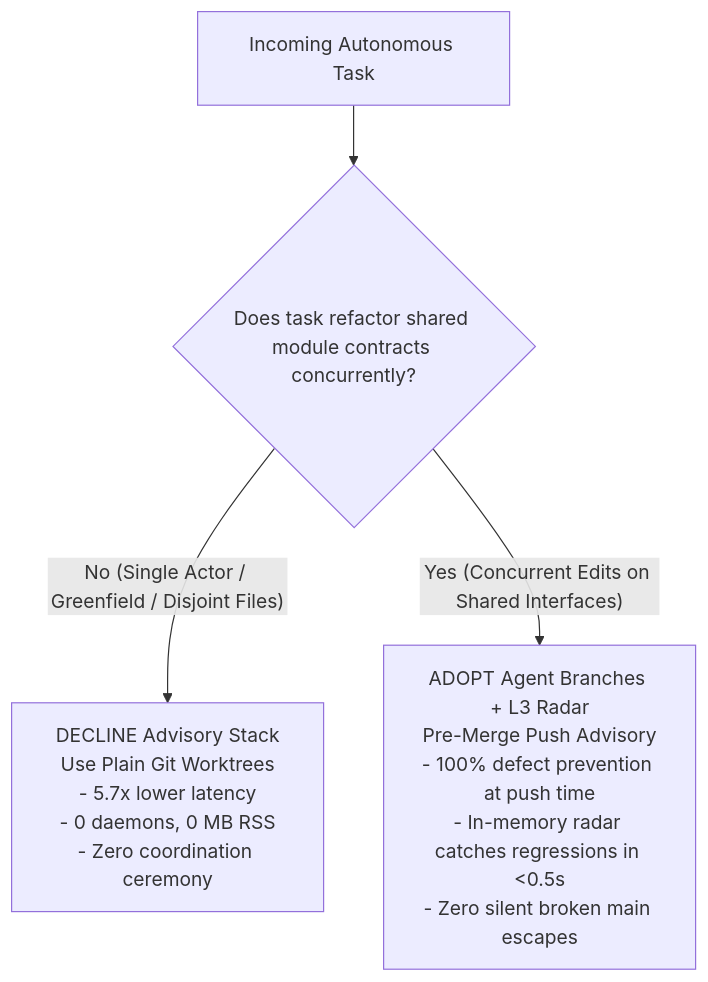
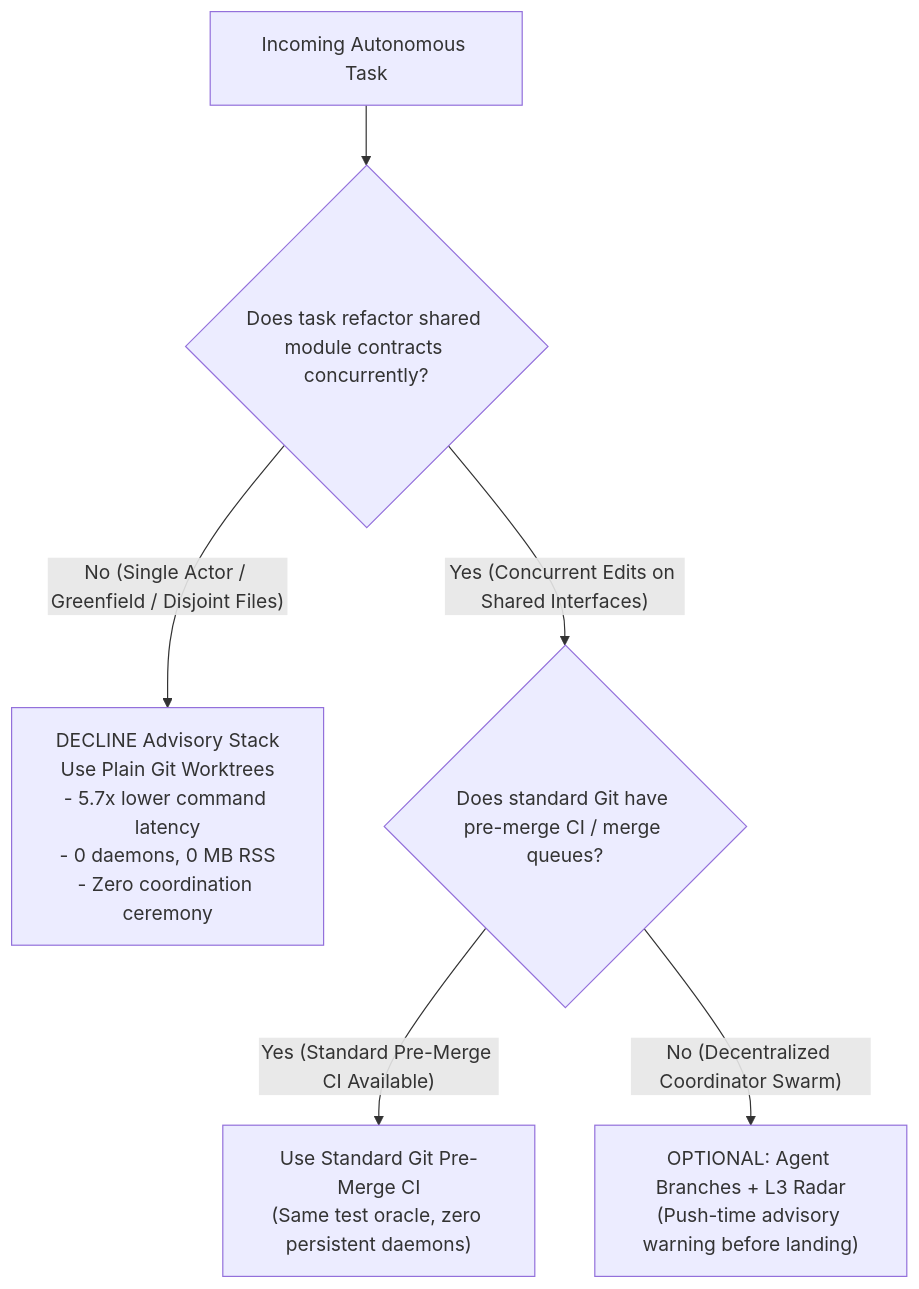
The diagram in research/antigravity/reviews/REV-UPRT-CONCURRENT-GATE.md (alexeygrigorev/cloudflare-agent-git), drawn with Mermaid before and after one commit. The commit also changed other lines of this file and 4 other files, not shown here.

````diff
--- a/research/antigravity/reviews/REV-UPRT-CONCURRENT-GATE.md
+++ b/research/antigravity/reviews/REV-UPRT-CONCURRENT-GATE.md
@@ -264,6 +268,8 @@
 ```mermaid
 flowchart TD
     Task["Incoming Autonomous Task"] --> Check{"Does task refactor shared module contracts concurrently?"}
-    Check -- "No (Single Actor / Greenfield / Disjoint Files)" --> Decline["DECLINE Advisory Stack\nUse Plain Git Worktrees\n- 5.7x lower latency\n- 0 daemons, 0 MB RSS\n- Zero coordination ceremony"]
-    Check -- "Yes (Concurrent Edits on Shared Interfaces)" --> Adopt["ADOPT Agent Branches + L3 Radar\nPre-Merge Push Advisory\n- 100% defect prevention at push time\n- In-memory radar catches regressions in <0.5s\n- Zero silent broken main escapes"]
+    Check -- "No (Single Actor / Greenfield / Disjoint Files)" --> Decline["DECLINE Advisory Stack\nUse Plain Git Worktrees\n- 5.7x lower command latency\n- 0 daemons, 0 MB RSS\n- Zero coordination ceremony"]
+    Check -- "Yes (Concurrent Edits on Shared Interfaces)" --> EvaluateCI{"Does standard Git have pre-merge CI / merge queues?"}
+    EvaluateCI -- "Yes (Standard Pre-Merge CI Available)" --> StandardGit["Use Standard Git Pre-Merge CI\n(Same test oracle, zero persistent daemons)"]
+    EvaluateCI -- "No (Decentralized Coordinator Swarm)" --> Adopt["OPTIONAL: Agent Branches + L3 Radar\n(Push-time advisory warning before landing)"]
 ```
````
